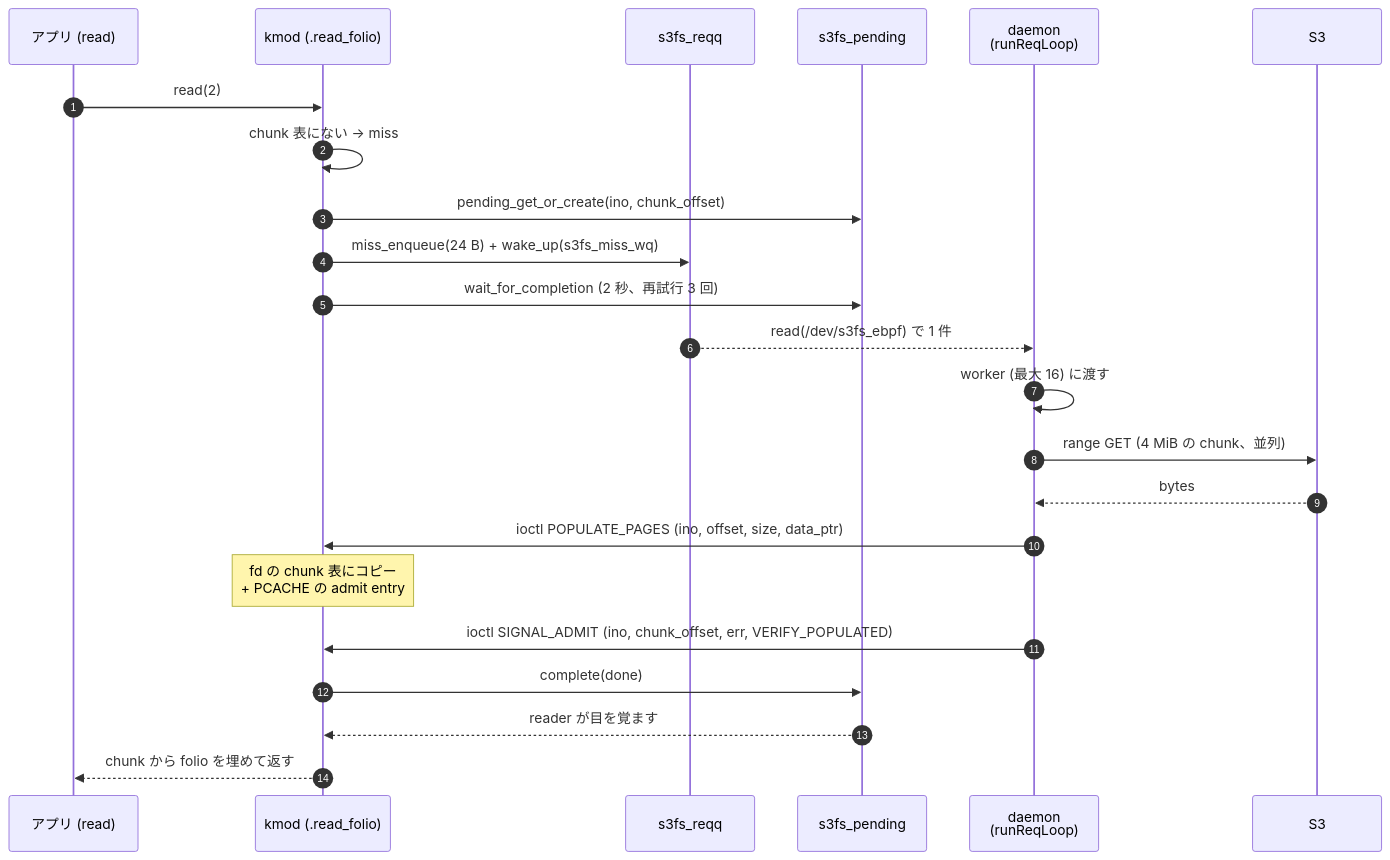
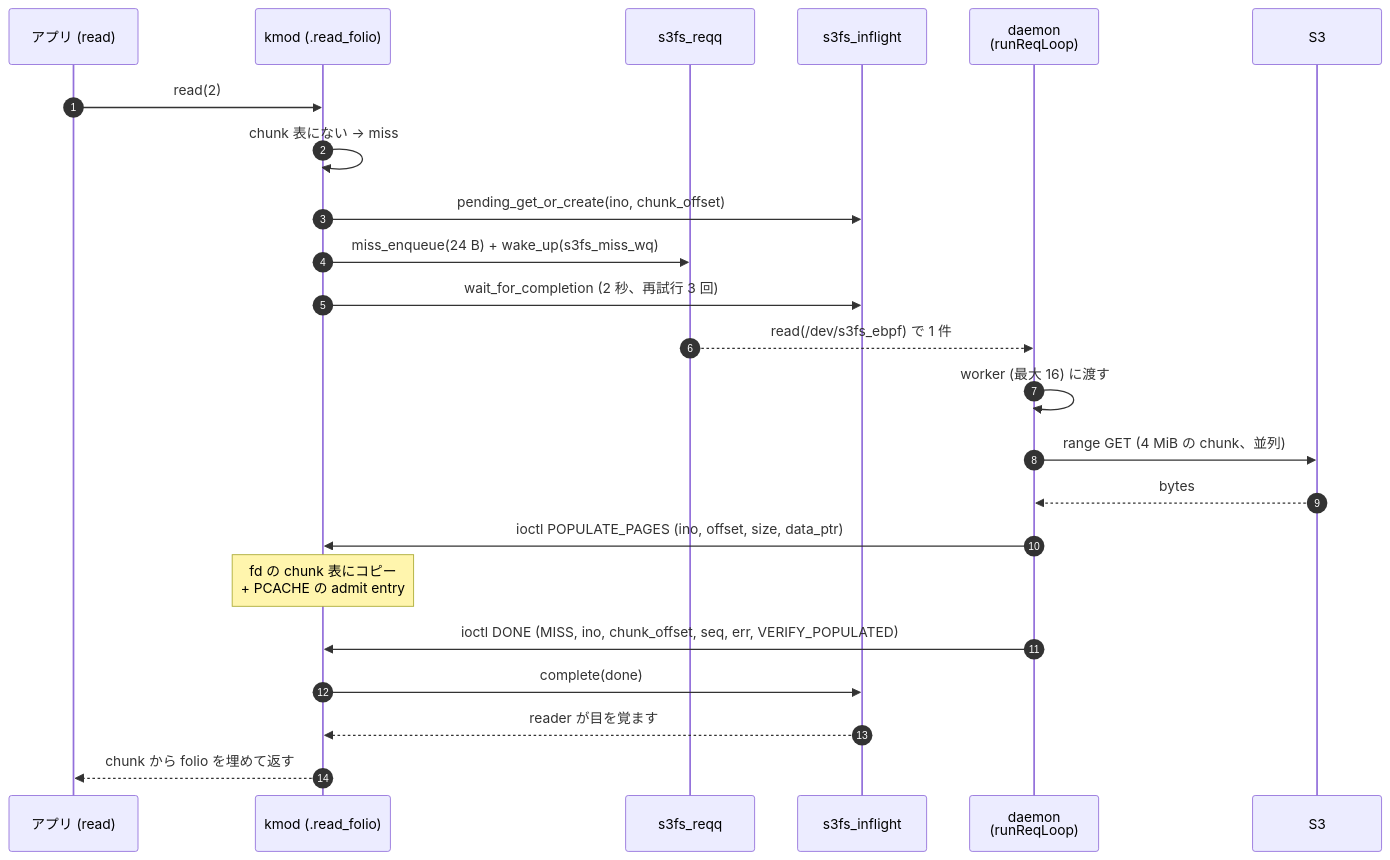
One commit to masu-mi/s3fs-ebpf changed the second of 5 diagrams in docs/design/daemon-kmod-messaging.md. Above: the diagram before and after it, drawn with Mermaid. The commit also changed other lines of this file and 33 other files, not shown here.

First line of the commit message:
v2 Phase 4 (part 3): one inflight table and one DONE ioctl; fsync waits for an in-flight flush (AC-96)

````diff
--- a/docs/design/daemon-kmod-messaging.md
+++ b/docs/design/daemon-kmod-messaging.md
@@ -105,26 +101,26 @@
 ```mermaid
 sequenceDiagram
     autonumber
     participant App as アプリ (read)
     participant K as kmod (.read_folio)
     participant ME as s3fs_reqq
-    participant PD as s3fs_pending
+    participant PD as s3fs_inflight
     participant D as daemon<br/>(runReqLoop)
     participant S3 as S3
 
     App->>K: read(2)
     K->>K: chunk 表にない → miss
     K->>PD: pending_get_or_create(ino, chunk_offset)
     K->>ME: miss_enqueue(24 B) + wake_up(s3fs_miss_wq)
     K->>PD: wait_for_completion (2 秒、再試行 3 回)
     ME-->>D: read(/dev/s3fs_ebpf) で 1 件
     D->>D: worker (最大 16) に渡す
     D->>S3: range GET (4 MiB の chunk、並列)
     S3-->>D: bytes
     D->>K: ioctl POPULATE_PAGES (ino, offset, size, data_ptr)
     Note over K: fd の chunk 表にコピー<br/>+ PCACHE の admit entry
-    D->>K: ioctl SIGNAL_ADMIT (ino, chunk_offset, err, VERIFY_POPULATED)
+    D->>K: ioctl DONE (MISS, ino, chunk_offset, seq, err, VERIFY_POPULATED)
     K->>PD: complete(done)
     PD-->>K: reader が目を覚ます
     K-->>App: chunk から folio を埋めて返す
 ```
````
